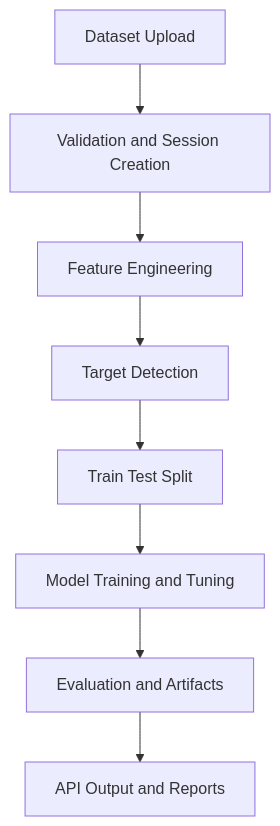
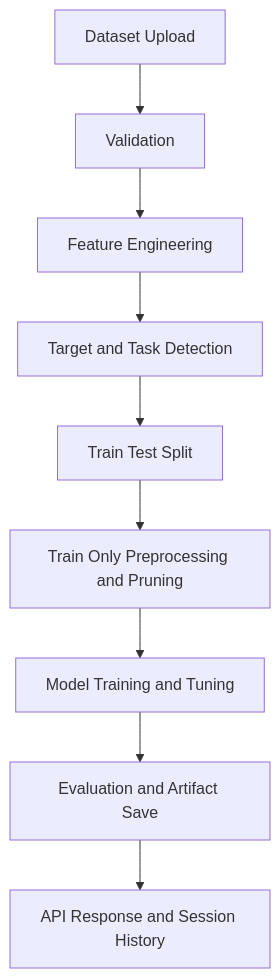
The diagram in README.md (Mayuresh-Bairagi/automl_Agnetic_AI), drawn with Mermaid before and after one commit. The commit also changed other lines of this file, not shown here.

````diff
--- a/README.md
+++ b/README.md
@@ -38,10 +71,11 @@
 ```mermaid
 graph TD
-    A["Dataset Upload"] --> B["Validation and Session Creation"]
+    A["Dataset Upload"] --> B["Validation"]
     B --> C["Feature Engineering"]
-    C --> D["Target Detection"]
+    C --> D["Target and Task Detection"]
     D --> E["Train Test Split"]
-    E --> F["Model Training and Tuning"]
-    F --> G["Evaluation and Artifacts"]
-    G --> H["API Output and Reports"]
+    E --> F["Train Only Preprocessing and Pruning"]
+    F --> G["Model Training and Tuning"]
+    G --> H["Evaluation and Artifact Save"]
+    H --> I["API Response and Session History"]
 ```
````
